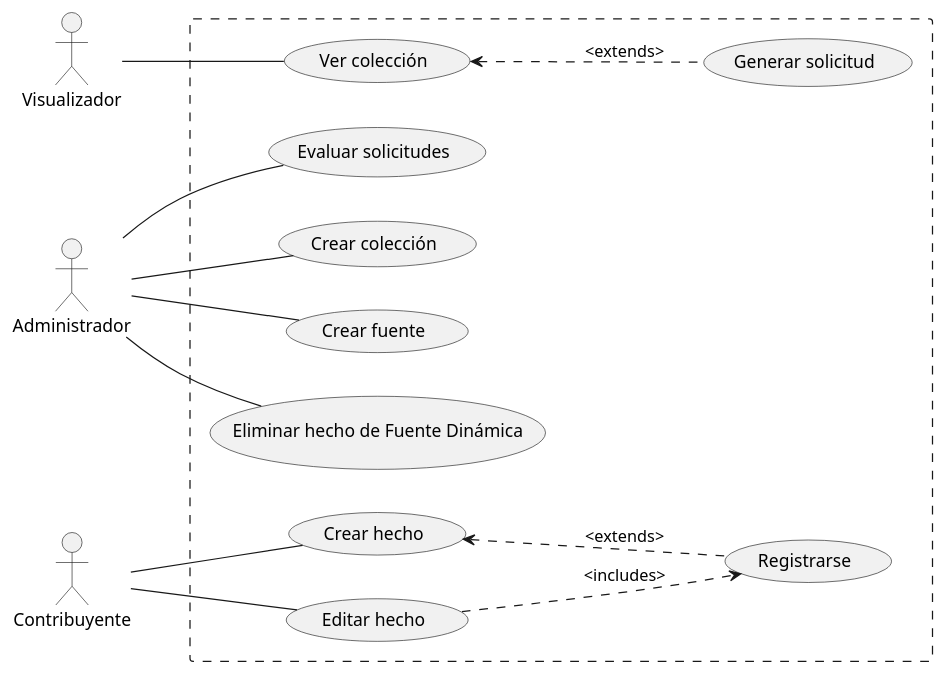
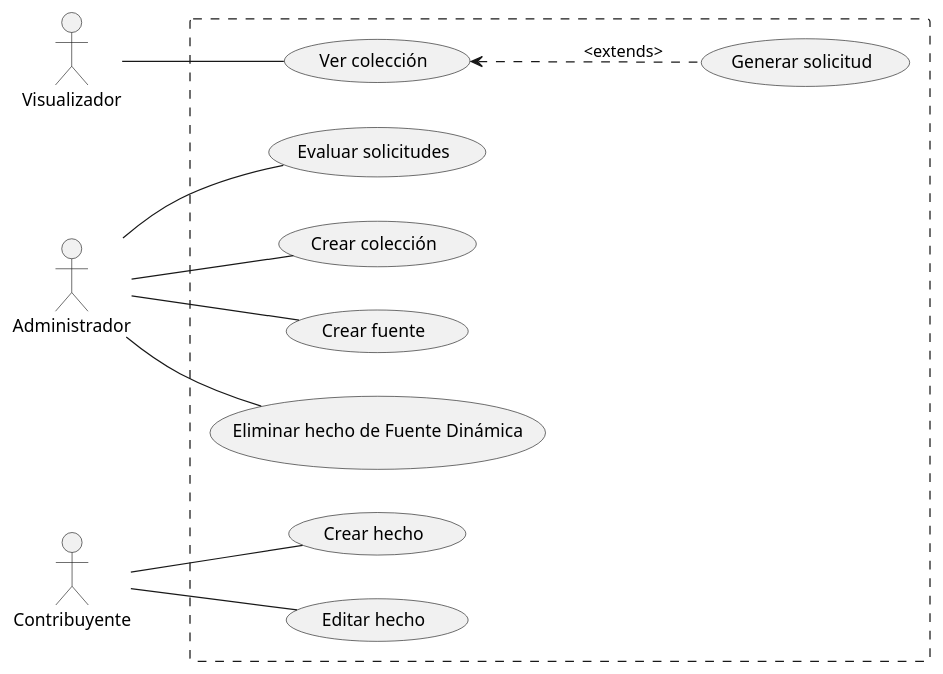
One commit to lrizzitano/Metamapa changed the diagram in diagramas/diagrama-casos_de_uso.puml. Above: the diagram before and after it, drawn with PlantUML.

Commit message:
despedimos el caso de uso registrarse

```diff
--- a/diagramas/diagrama-casos_de_uso.puml
+++ b/diagramas/diagrama-casos_de_uso.puml
@@ -1,36 +1,33 @@
 @startuml
 left to right direction
 
 actor Visualizador
 actor Administrador
 actor Contribuyente
 
 
 rectangle #line.dashed {
  usecase "Ver colección" as UC1
  usecase "Evaluar solicitudes" as UC2
  usecase "Crear colección" as UC3
  usecase "Crear fuente" as UC4
  usecase "Crear hecho" as UC5
  usecase "Editar hecho" as UC6
  usecase "Eliminar hecho de Fuente Dinámica" as UC7
 
  usecase "Generar solicitud" as UC1.1
- usecase "Registrarse" as UC0.5
 }
 
 Visualizador -- UC1
 Administrador -- UC2
 Administrador -- UC3
 Administrador -- UC4
 Administrador -- UC7
 Contribuyente -- UC5
 Contribuyente -- UC6
 
 
 
 UC1 <.. UC1.1 : <extends>
-UC5 <.. UC0.5 : <extends>
-UC6 ..> UC0.5: <includes>
 
 @enduml
```
